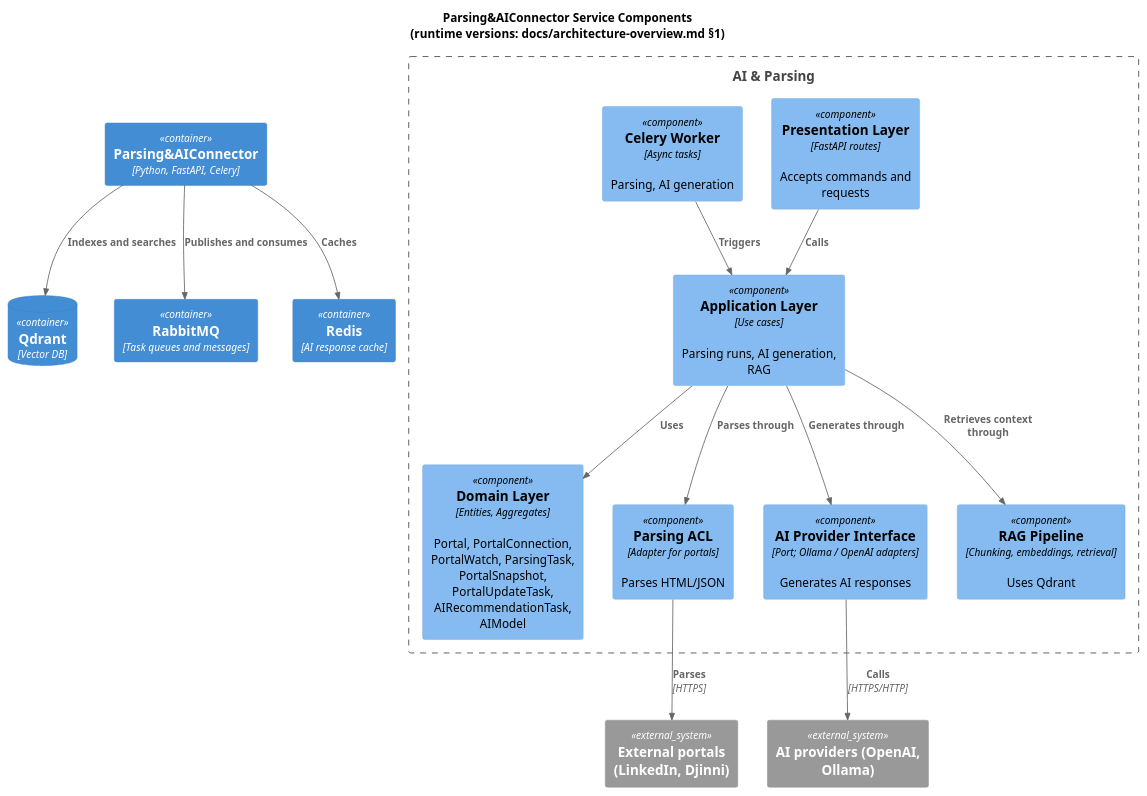
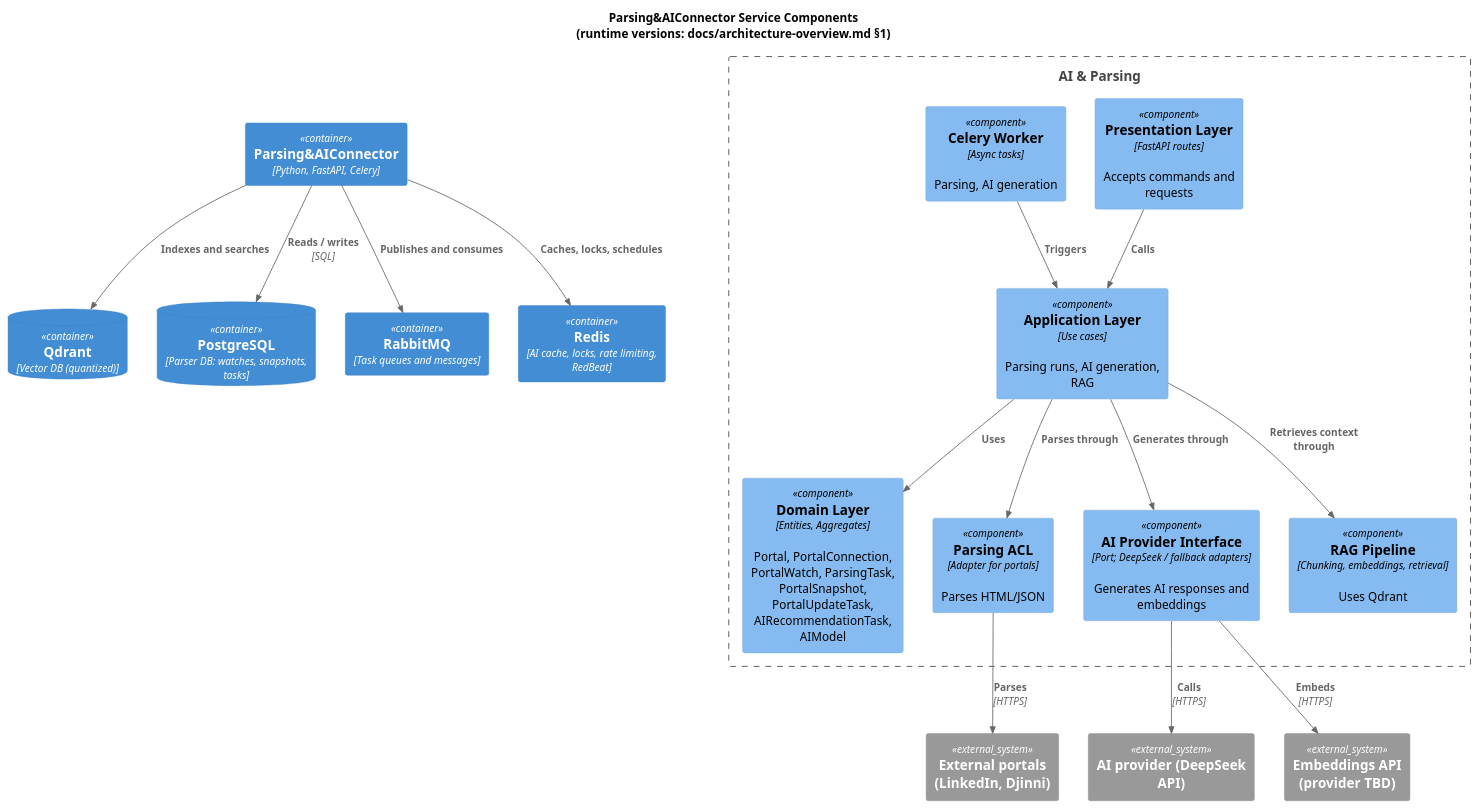
The diagram in docs/c4/components-parsing-ai.puml (AIJobResearcher/docs), drawn with PlantUML before and after one commit. The commit also changed 18 other files, not shown here.

```diff
--- a/docs/c4/components-parsing-ai.puml
+++ b/docs/c4/components-parsing-ai.puml
@@ -1,39 +1,43 @@
 @startuml
 !include https://raw.githubusercontent.com/plantuml-stdlib/C4-PlantUML/master/C4_Component.puml
 
 title Parsing&AIConnector Service Components\n(runtime versions: docs/architecture-overview.md §1)
 
 Container(parsing_ai, "Parsing&AIConnector", "Python, FastAPI, Celery")
 
 Boundary(parsing_ai_boundary, "AI & Parsing") {
     Component(presentation, "Presentation Layer", "FastAPI routes", "Accepts commands and requests")
     Component(application, "Application Layer", "Use cases", "Parsing runs, AI generation, RAG")
     Component(domain, "Domain Layer", "Entities, Aggregates", "Portal, PortalConnection, PortalWatch, ParsingTask, PortalSnapshot, PortalUpdateTask, AIRecommendationTask, AIModel")
     Component(acl_parsing, "Parsing ACL", "Adapter for portals", "Parses HTML/JSON")
-    Component(acl_ai, "AI Provider Interface", "Port; Ollama / OpenAI adapters", "Generates AI responses")
+    Component(acl_ai, "AI Provider Interface", "Port; DeepSeek / fallback adapters", "Generates AI responses and embeddings")
     Component(rag, "RAG Pipeline", "Chunking, embeddings, retrieval", "Uses Qdrant")
     Component(celery_worker, "Celery Worker", "Async tasks", "Parsing, AI generation")
 
     Rel(presentation, application, "Calls")
     Rel(application, domain, "Uses")
     Rel(application, acl_parsing, "Parses through")
     Rel(application, acl_ai, "Generates through")
     Rel(application, rag, "Retrieves context through")
     Rel(celery_worker, application, "Triggers")
 }
 
-ContainerDb(qdrant, "Qdrant", "Vector DB")
+ContainerDb(qdrant, "Qdrant", "Vector DB (quantized)")
+ContainerDb(postgres_p, "PostgreSQL", "Parser DB: watches, snapshots, tasks")
 Container(rabbitmq, "RabbitMQ", "Task queues and messages")
-Container(redis, "Redis", "AI response cache")
+Container(redis, "Redis", "AI cache, locks, rate limiting, RedBeat")
 
 System_Ext(portal, "External portals (LinkedIn, Djinni)")
-System_Ext(ai_provider, "AI providers (OpenAI, Ollama)")
+System_Ext(ai_provider, "AI provider (DeepSeek API)")
+System_Ext(embeddings_api, "Embeddings API (provider TBD)")
 
 Rel(parsing_ai, qdrant, "Indexes and searches")
+Rel(parsing_ai, postgres_p, "Reads / writes", "SQL")
 Rel(parsing_ai, rabbitmq, "Publishes and consumes")
-Rel(parsing_ai, redis, "Caches")
+Rel(parsing_ai, redis, "Caches, locks, schedules")
 
 Rel(acl_parsing, portal, "Parses", "HTTPS")
-Rel(acl_ai, ai_provider, "Calls", "HTTPS/HTTP")
+Rel(acl_ai, ai_provider, "Calls", "HTTPS")
+Rel(acl_ai, embeddings_api, "Embeds", "HTTPS")
 
 @enduml
```
